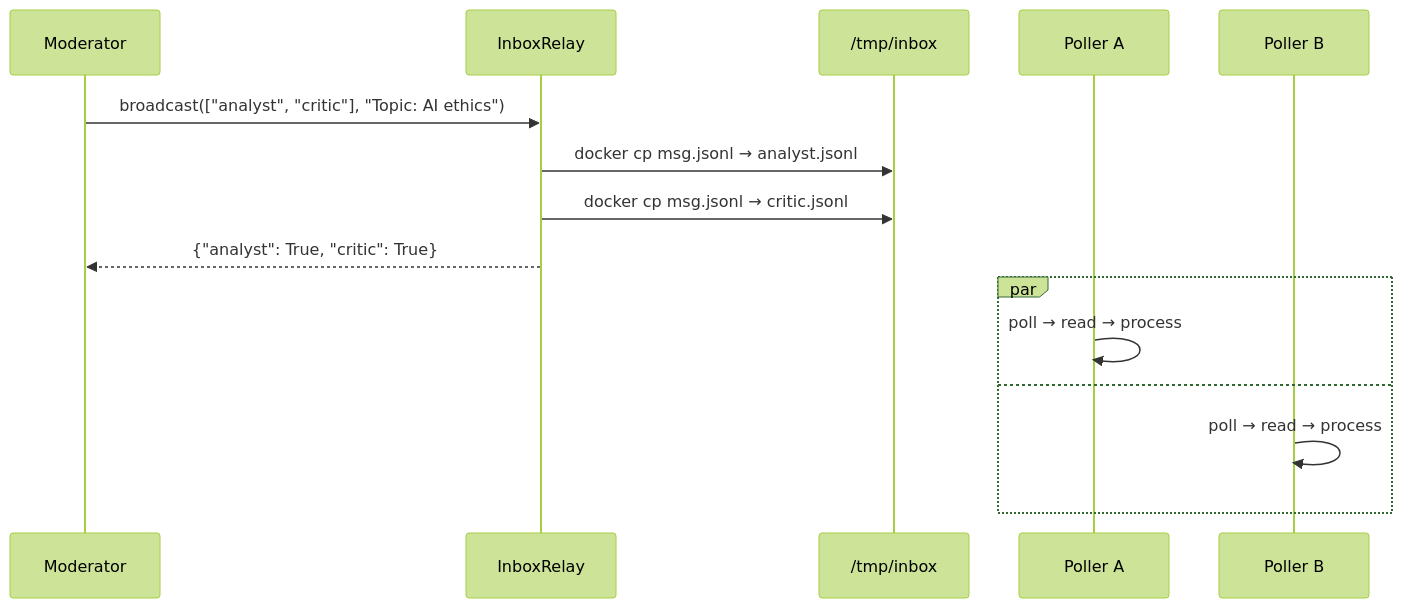
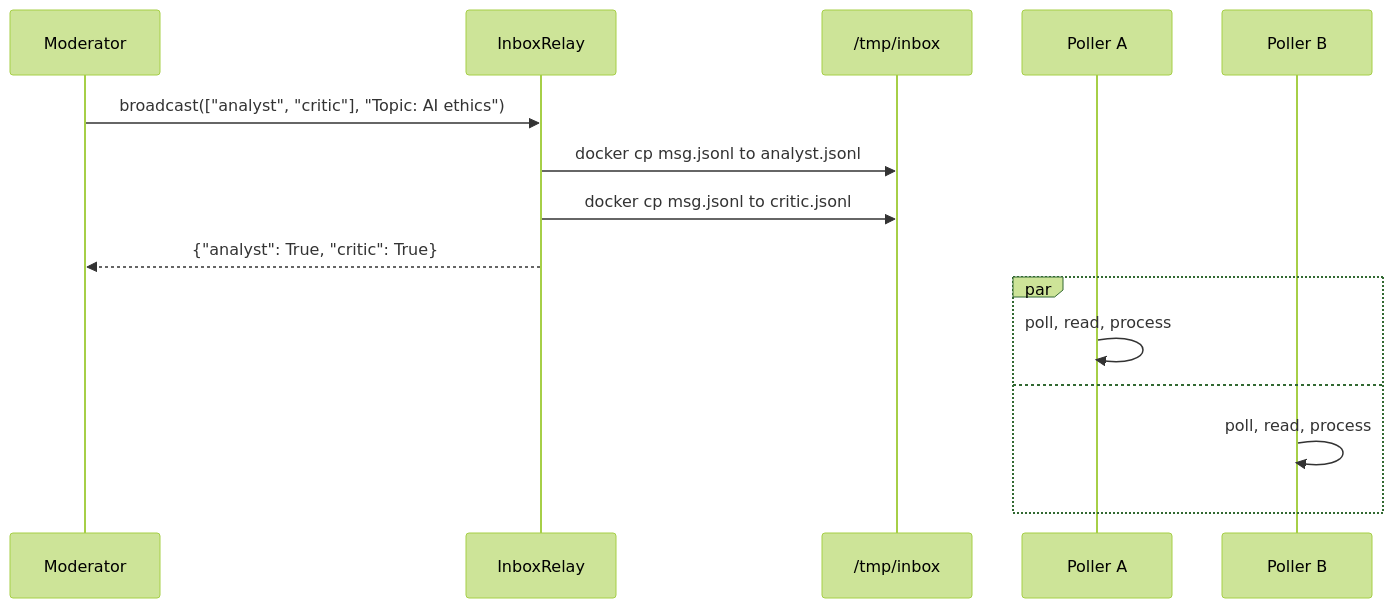
Before and after one commit to wangsen992/agentia: the fourth of 6 diagrams in specs/005_relay_inbox_diagrams.md, drawn with Mermaid (forest theme). The commit also changed other lines of this file, not shown here.

Commit message:
Fix Mermaid diagrams for GitHub compatibility

````diff
--- a/specs/005_relay_inbox_diagrams.md
+++ b/specs/005_relay_inbox_diagrams.md
@@ -96,18 +86,18 @@
 ```mermaid
 sequenceDiagram
     participant M as Moderator
     participant IR as InboxRelay
     participant FS as /tmp/inbox
     participant PA as Poller A
     participant PB as Poller B
 
     M->>IR: broadcast(["analyst", "critic"], "Topic: AI ethics")
-    IR->>FS: docker cp msg.jsonl → analyst.jsonl
-    IR->>FS: docker cp msg.jsonl → critic.jsonl
+    IR->>FS: docker cp msg.jsonl to analyst.jsonl
+    IR->>FS: docker cp msg.jsonl to critic.jsonl
     IR-->>M: {"analyst": True, "critic": True}
     Par
-        PA->>PA: poll → read → process
+        PA->>PA: poll, read, process
     and
-        PB->>PB: poll → read → process
+        PB->>PB: poll, read, process
     End
 ```
````
